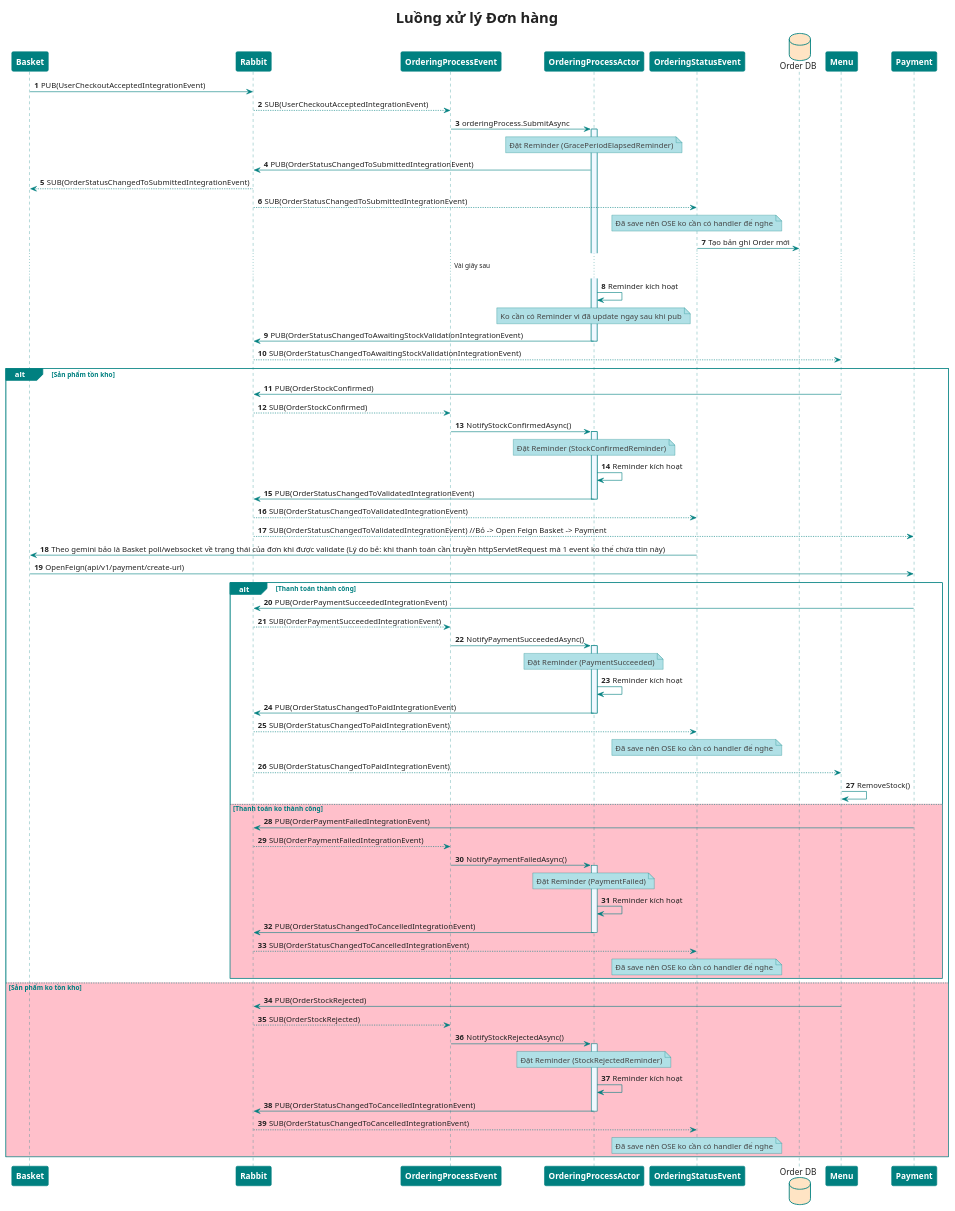
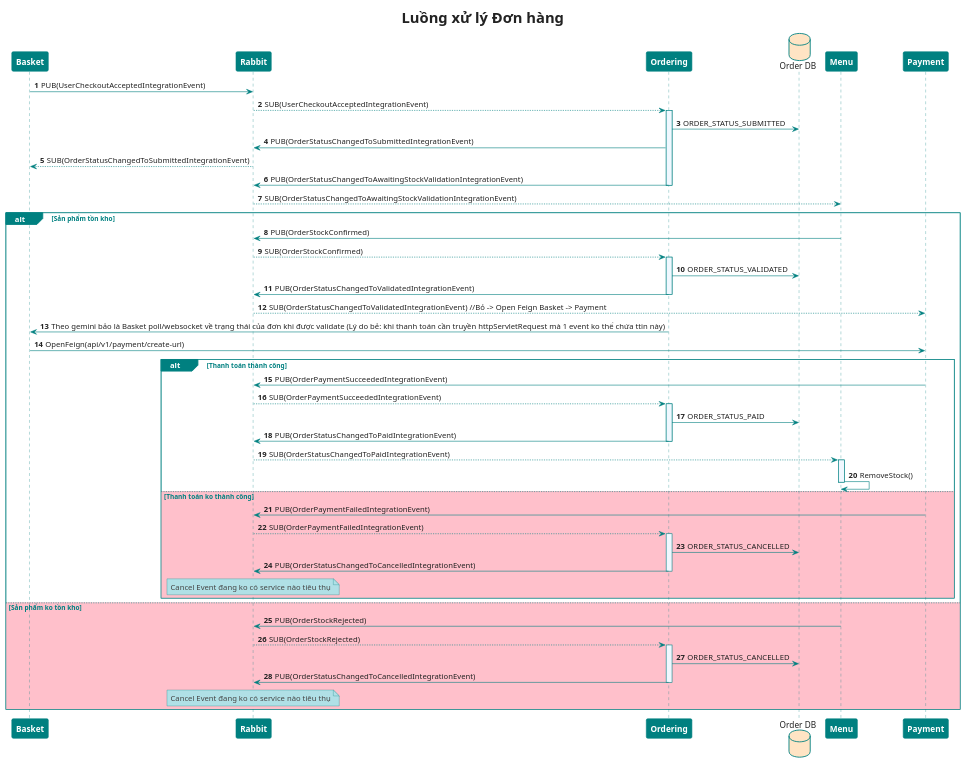
One commit to MinhTrinh04/Beef-Restaurant changed the diagram in Backend/SEQ/Order/ResolvingOrder.puml. Above: the diagram before and after it, drawn with PlantUML. The commit also changed 1 other file, not shown here.

```diff
--- a/Backend/SEQ/Order/ResolvingOrder.puml
+++ b/Backend/SEQ/Order/ResolvingOrder.puml
@@ -1,126 +1,108 @@
 @startuml
 'https://plantuml.com/sequence-diagram
 skinparam shadowing false
 skinparam responseMessageBelowArrow false
 skinparam DefaultFontColor #222
 skinparam TitleFontSize 25
 skinparam NoteBorderColor #teal
 skinparam NoteBackgroundColor #powderblue
 skinparam NoteFontColor 444
 skinparam DatabaseBorderColor #teal
 skinparam DatabaseBackgroundColor #bisque
 skinparam sequence {
 ParticipantBorderThickness 1
 ParticipantBorderColor #teal
 ParticipantBackgroundColor #teal
 ParticipantFontColor #white
 ParticipantFontSize 14
 ParticipantFontStyle bold
 LifeLineBorderColor #teal
 LifeLineBackgroundColor #aliceblue
 ArrowColor #teal
 ActorBorderColor #teal
 GroupBorderThickness 1
 GroupBorderColor #teal
 GroupHeaderFontColor #white
 GroupBackgroundColor #teal
 GroupFontColor #teal
 ReferenceBorderThickness 1
 ReferenceBorderColor #teal
 ReferenceBackgroundColor #aliceblue
 ReferenceHeaderBackgroundColor #white
 ReferenceFontColor #teal
 }
 autonumber
 
 title Luồng xử lý Đơn hàng
 
 participant "Basket" as Basket
 participant "Rabbit" as MQ
-participant "OrderingProcessEvent" as OPE
-participant "OrderingProcessActor" as Actor
-participant "OrderingStatusEvent" as OSE
+participant "Ordering" as OPE
 database "Order DB" as DB
 participant "Menu" as Menu
 participant "Payment" as Payment
 
     Basket -> MQ: PUB(UserCheckoutAcceptedIntegrationEvent)
     MQ --> OPE: SUB(UserCheckoutAcceptedIntegrationEvent)
-    OPE -> Actor: orderingProcess.SubmitAsync
-    activate Actor
-    note over Actor: Đặt Reminder (GracePeriodElapsedReminder)
-    Actor -> MQ: PUB(OrderStatusChangedToSubmittedIntegrationEvent)
+    activate OPE
+        OPE -> DB: ORDER_STATUS_SUBMITTED
+        OPE -> MQ: PUB(OrderStatusChangedToSubmittedIntegrationEvent)
+        MQ --> Basket: SUB(OrderStatusChangedToSubmittedIntegrationEvent)
+        OPE -> MQ: PUB(OrderStatusChangedToAwaitingStockValidationIntegrationEvent)
+    deactivate OPE
 
-    MQ --> Basket: SUB(OrderStatusChangedToSubmittedIntegrationEvent)
-    MQ --> OSE: SUB(OrderStatusChangedToSubmittedIntegrationEvent)
-    note over OSE: Đã save nên OSE ko cần có handler để nghe
-    OSE -> DB: Tạo bản ghi Order mới
 
-    ... Vài giây sau ...
-    Actor -> Actor: Reminder kích hoạt
-    note over Actor: Ko cần có Reminder vì đã update ngay sau khi pub
-    Actor -> MQ: PUB(OrderStatusChangedToAwaitingStockValidationIntegrationEvent)
-    deactivate Actor
-    
+
+
     MQ --> Menu: SUB(OrderStatusChangedToAwaitingStockValidationIntegrationEvent)
 
 alt Sản phẩm tồn kho
     Menu -> MQ: PUB(OrderStockConfirmed)
     MQ --> OPE: SUB(OrderStockConfirmed)
-    OPE -> Actor: NotifyStockConfirmedAsync()
-    activate Actor
-    note over Actor: Đặt Reminder (StockConfirmedReminder)
-    Actor -> Actor: Reminder kích hoạt
-    Actor -> MQ: PUB(OrderStatusChangedToValidatedIntegrationEvent)
-    deactivate Actor
-    MQ --> OSE: SUB(OrderStatusChangedToValidatedIntegrationEvent)
+    activate OPE
+        OPE -> DB: ORDER_STATUS_VALIDATED
+        OPE -> MQ: PUB(OrderStatusChangedToValidatedIntegrationEvent)
+
+    deactivate OPE
+
     MQ --> Payment: SUB(OrderStatusChangedToValidatedIntegrationEvent) //Bỏ -> Open Feign Basket -> Payment
-    OSE -> Basket: Theo gemini bảo là Basket poll/websocket về trạng thái của đơn khi được validate (Lý do bẻ: khi thanh toán cần truyền httpServletRequest mà 1 event ko thể chứa ttin này)
+    OPE -> Basket: Theo gemini bảo là Basket poll/websocket về trạng thái của đơn khi được validate (Lý do bẻ: khi thanh toán cần truyền httpServletRequest mà 1 event ko thể chứa ttin này)
     Basket -> Payment: OpenFeign(api/v1/payment/create-url)
 
     alt Thanh toán thành công
         Payment -> MQ: PUB(OrderPaymentSucceededIntegrationEvent)
         MQ --> OPE: SUB(OrderPaymentSucceededIntegrationEvent)
-        OPE -> Actor: NotifyPaymentSucceededAsync()
-        activate Actor
-            note over Actor: Đặt Reminder (PaymentSucceeded)
-            Actor -> Actor: Reminder kích hoạt
-            Actor -> MQ: PUB(OrderStatusChangedToPaidIntegrationEvent)
-        deactivate Actor
-        MQ --> OSE: SUB(OrderStatusChangedToPaidIntegrationEvent)
-        note over OSE: Đã save nên OSE ko cần có handler để nghe
-
+        activate OPE
+            OPE -> DB: ORDER_STATUS_PAID
+            OPE -> MQ: PUB(OrderStatusChangedToPaidIntegrationEvent)
+        deactivate OPE
         MQ --> Menu: SUB(OrderStatusChangedToPaidIntegrationEvent)
-        Menu -> Menu: RemoveStock()
+        activate Menu
+            Menu -> Menu: RemoveStock()
+        deactivate Menu
 
 
     else #Pink Thanh toán ko thành công
     Payment -> MQ: PUB(OrderPaymentFailedIntegrationEvent)
     MQ--> OPE: SUB(OrderPaymentFailedIntegrationEvent)
-    OPE -> Actor: NotifyPaymentFailedAsync()
-    activate Actor
-    note over Actor: Đặt Reminder (PaymentFailed)
-    Actor -> Actor: Reminder kích hoạt
-    Actor -> MQ: PUB(OrderStatusChangedToCancelledIntegrationEvent)
-    deactivate Actor
-    MQ--> OSE: SUB(OrderStatusChangedToCancelledIntegrationEvent)
-    note over OSE: Đã save nên OSE ko cần có handler để nghe
-
+    activate OPE
+        OPE -> DB: ORDER_STATUS_CANCELLED
+        OPE -> MQ: PUB(OrderStatusChangedToCancelledIntegrationEvent)
+    deactivate OPE
+    note over MQ: Cancel Event đang ko có service nào tiêu thụ
 
     end
 
 else #Pink Sản phẩm ko tồn kho
     Menu -> MQ: PUB(OrderStockRejected)
     MQ --> OPE: SUB(OrderStockRejected)
-    OPE -> Actor: NotifyStockRejectedAsync()
-    activate Actor
-    note over Actor: Đặt Reminder (StockRejectedReminder)
-    Actor -> Actor: Reminder kích hoạt
-    Actor -> MQ: PUB(OrderStatusChangedToCancelledIntegrationEvent)
-    deactivate Actor
-    MQ --> OSE: SUB(OrderStatusChangedToCancelledIntegrationEvent)
-    note over OSE: Đã save nên OSE ko cần có handler để nghe
+    activate OPE
+        OPE -> DB: ORDER_STATUS_CANCELLED
+        OPE -> MQ: PUB(OrderStatusChangedToCancelledIntegrationEvent)
+    deactivate OPE
+
+    note over MQ: Cancel Event đang ko có service nào tiêu thụ
 
 end
 
 @enduml
```
